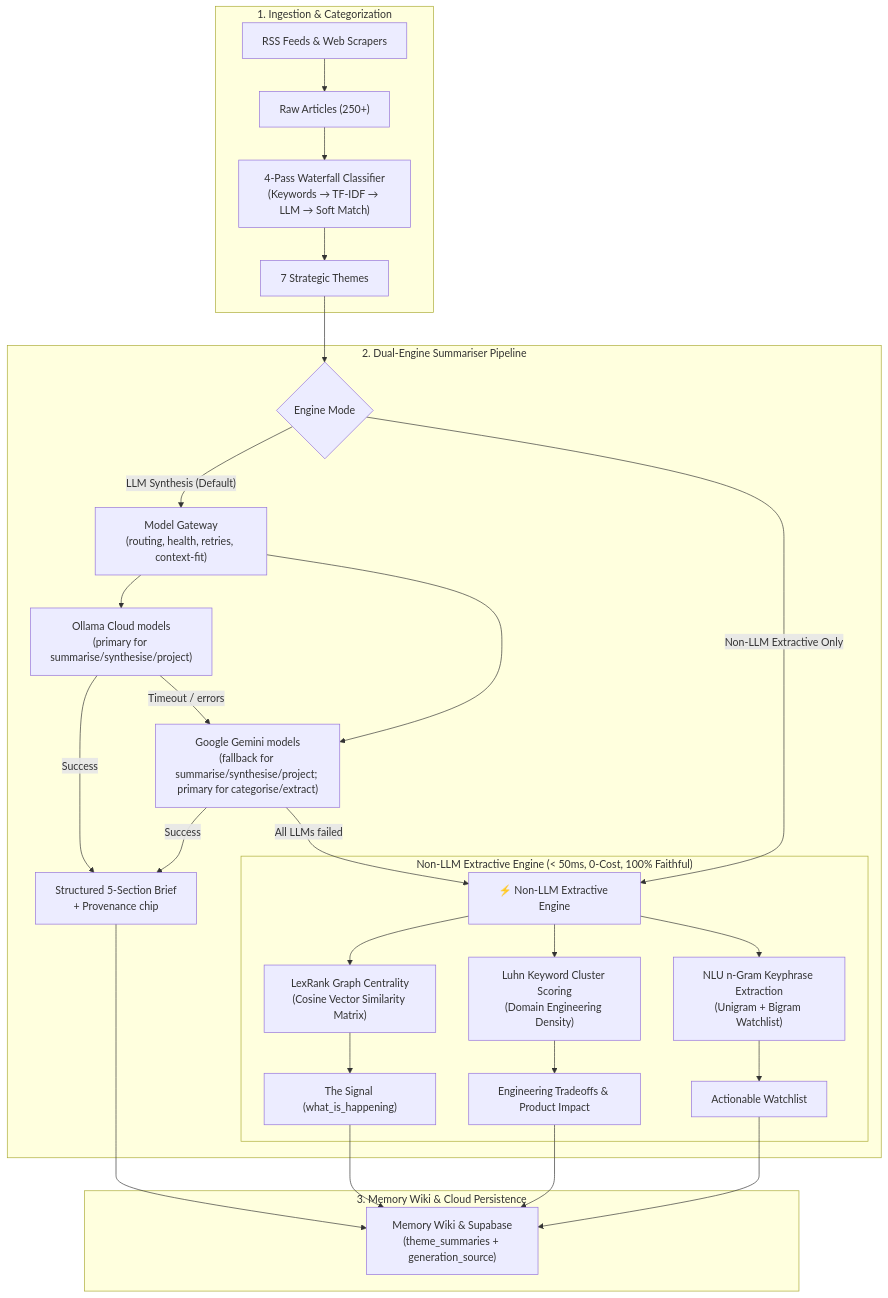
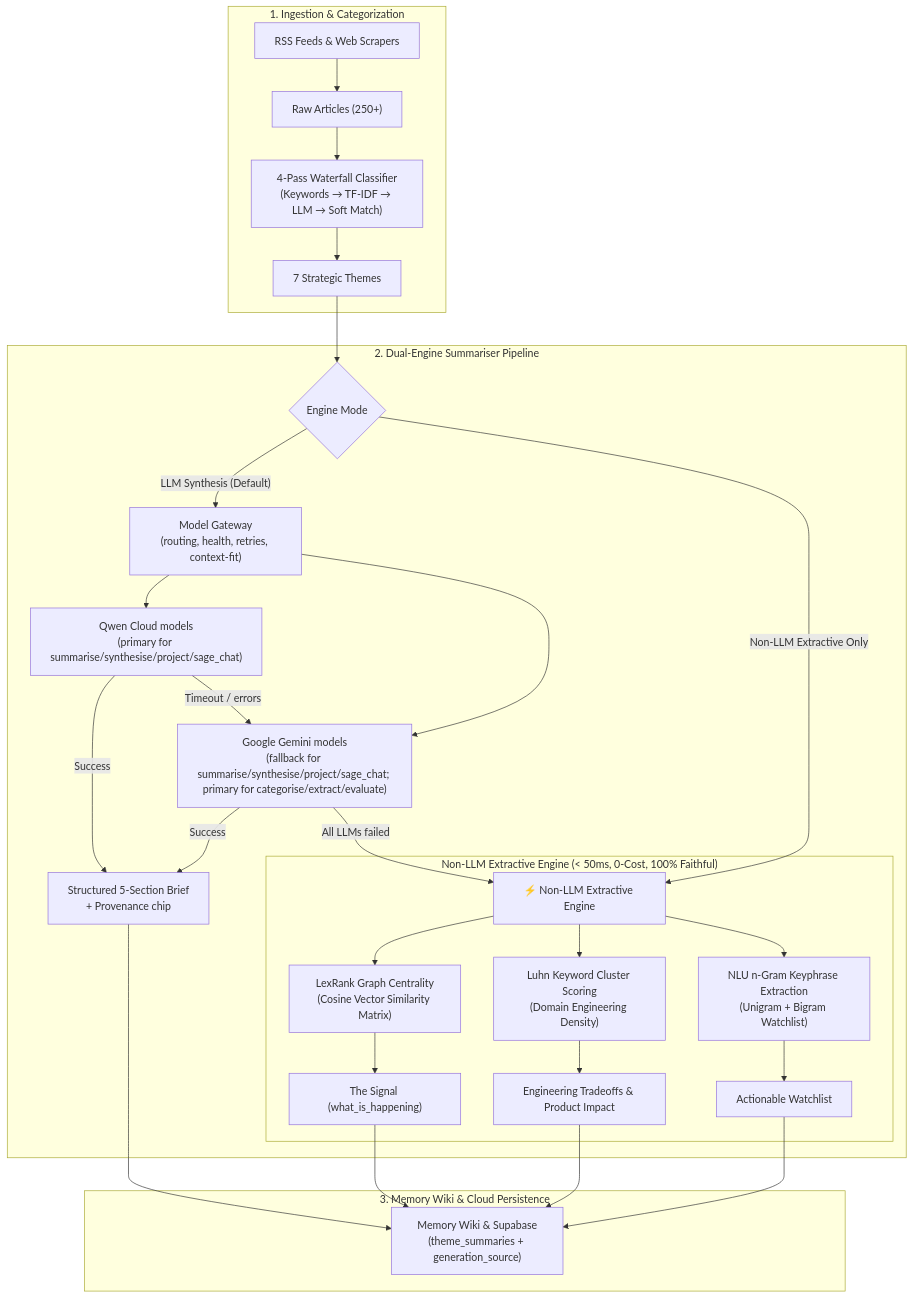
One commit to yanchangchen/ai-pulse changed the diagram in docs/ARCHITECTURE.md. Above: the diagram before and after it, drawn with Mermaid. The commit also changed other lines of this file and 40 other files, not shown here.

First line of the commit message:
feat(gateway): replace Ollama with Qwen Cloud as generation primary

````diff
--- a/docs/ARCHITECTURE.md
+++ b/docs/ARCHITECTURE.md
@@ -99,39 +99,39 @@
 ```mermaid
 flowchart TD
     subgraph Ingestion ["1. Ingestion & Categorization"]
         RSS["RSS Feeds & Web Scrapers"] --> Ingest["Raw Articles (250+)"]
         Ingest --> Classifier["4-Pass Waterfall Classifier\n(Keywords → TF-IDF → LLM → Soft Match)"]
         Classifier --> Themed["7 Strategic Themes"]
     end
 
     subgraph Summariser ["2. Dual-Engine Summariser Pipeline"]
         Themed --> ModeCheck{"Engine Mode"}
 
         ModeCheck -- "LLM Synthesis (Default)" --> Gateway["Model Gateway\n(routing, health, retries, context-fit)"]
-        Gateway --> Ollama["Ollama Cloud models\n(primary for summarise/synthesise/project)"]
-        Gateway --> Gemini["Google Gemini models\n(fallback for summarise/synthesise/project; primary for categorise/extract)"]
-        Ollama -- "Success" --> StructOut["Structured 5-Section Brief\n+ Provenance chip"]
+        Gateway --> Qwen["Qwen Cloud models\n(primary for summarise/synthesise/project/sage_chat)"]
+        Gateway --> Gemini["Google Gemini models\n(fallback for summarise/synthesise/project/sage_chat; primary for categorise/extract/evaluate)"]
+        Qwen -- "Success" --> StructOut["Structured 5-Section Brief\n+ Provenance chip"]
         Gemini -- "Success" --> StructOut
-        Ollama -- "Timeout / errors" --> Gemini
+        Qwen -- "Timeout / errors" --> Gemini
         Gemini -- "All LLMs failed" --> NonLLMFallback["⚡ Non-LLM Extractive Engine"]
 
         ModeCheck -- "Non-LLM Extractive Only" --> NonLLMFallback
 
         subgraph NonLLMEngine ["Non-LLM Extractive Engine (< 50ms, 0-Cost, 100% Faithful)"]
             NonLLMFallback --> LexRank["LexRank Graph Centrality\n(Cosine Vector Similarity Matrix)"]
             NonLLMFallback --> Luhn["Luhn Keyword Cluster Scoring\n(Domain Engineering Density)"]
             NonLLMFallback --> Keyphrase["NLU n-Gram Keyphrase Extraction\n(Unigram + Bigram Watchlist)"]
 
             LexRank --> Signal["The Signal (what_is_happening)"]
             Luhn --> TechTradeoffs["Engineering Tradeoffs & Product Impact"]
             Keyphrase --> Watchlist["Actionable Watchlist"]
         end
     end
 
     subgraph Storage ["3. Memory Wiki & Cloud Persistence"]
         StructOut --> Wiki["Memory Wiki & Supabase\n(theme_summaries + generation_source)"]
         Signal --> Wiki
         TechTradeoffs --> Wiki
         Watchlist --> Wiki
     end
 ```
````
